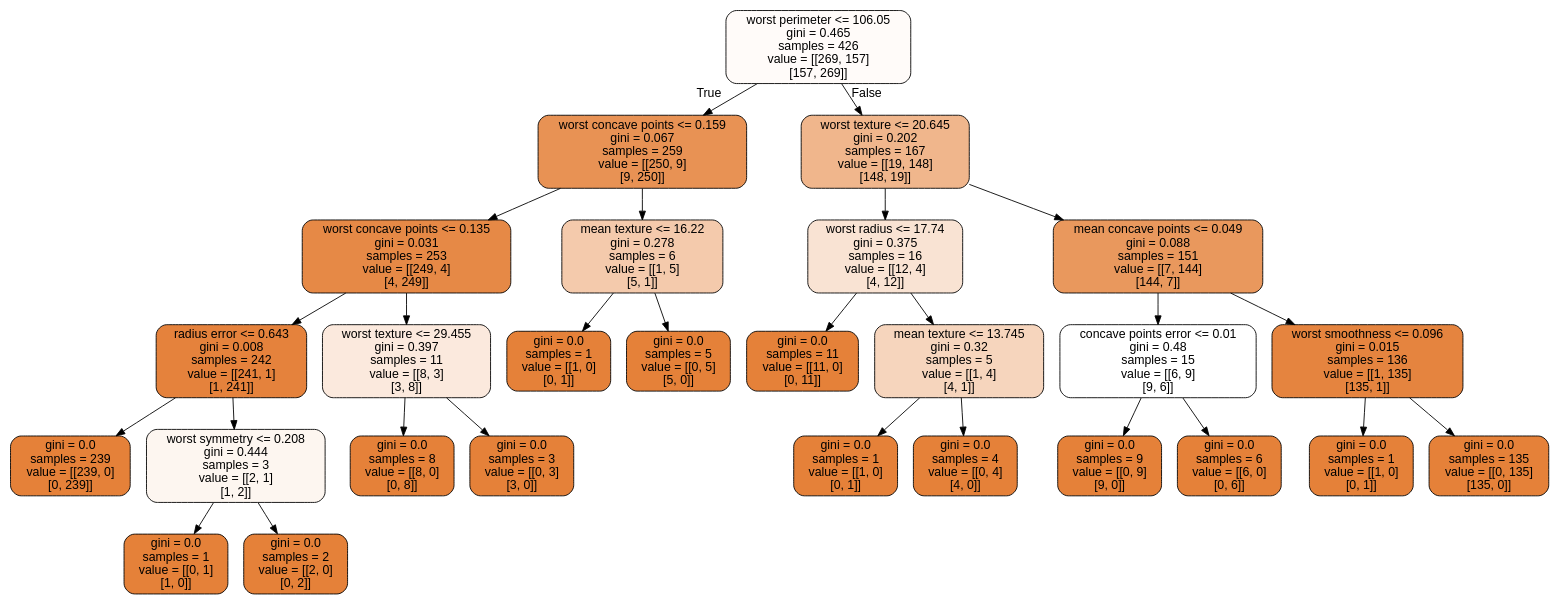
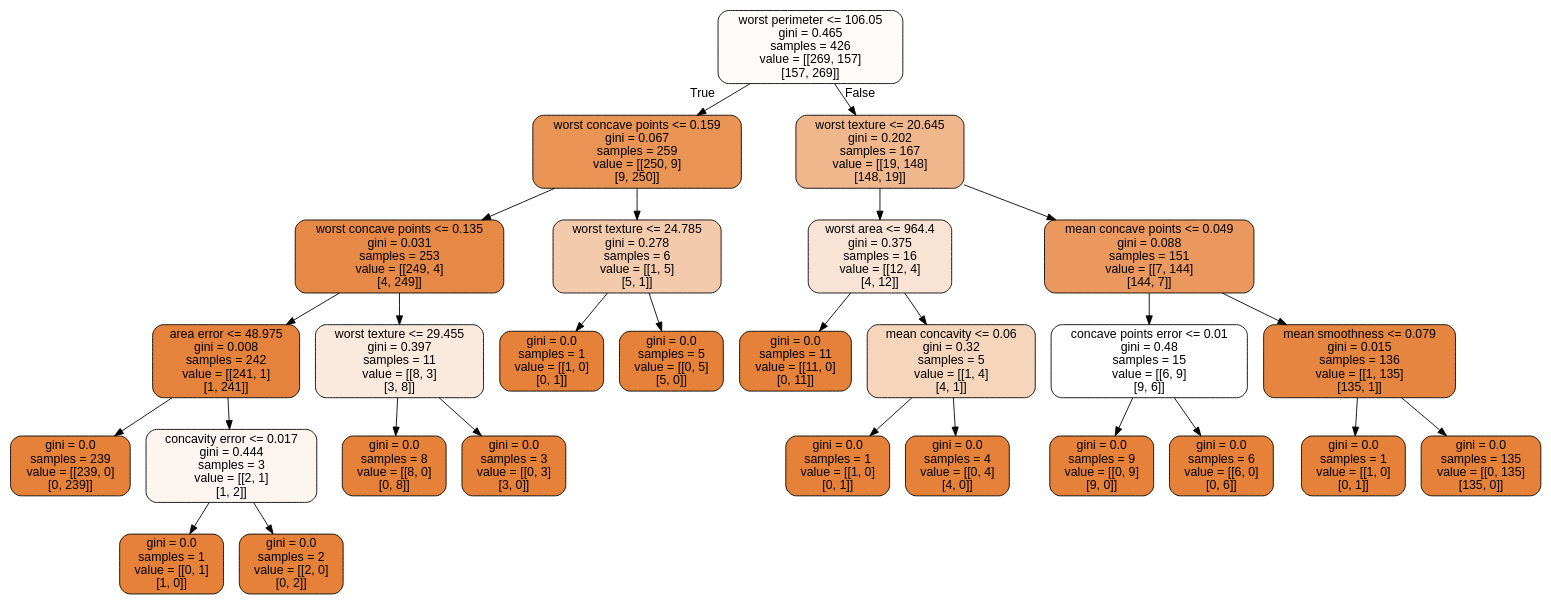
Before and after one commit to CompPhysics/MachineLearning: the diagram in doc/pub/week44/ipynb/Datafiles/cancer.dot, drawn with Graphviz. The commit also changed 5 other files, not shown here.

```diff
--- a/doc/pub/week44/ipynb/Datafiles/cancer.dot
+++ b/doc/pub/week44/ipynb/Datafiles/cancer.dot
@@ -1,57 +1,57 @@
 digraph Tree {
 node [shape=box, style="filled, rounded", color="black", fontname=helvetica] ;
 edge [fontname=helvetica] ;
-0 [label="worst perimeter <= 106.05\ngini = 0.465\nsamples = 426\nvalue = [[269, 157]\n[157, 269]]", fillcolor="#e5813908"] ;
-1 [label="worst concave points <= 0.159\ngini = 0.067\nsamples = 259\nvalue = [[250, 9]\n[9, 250]]", fillcolor="#e58139db"] ;
+0 [label="worst perimeter <= 106.05\ngini = 0.465\nsamples = 426\nvalue = [[269, 157]\n[157, 269]]", fillcolor="#fefbf9"] ;
+1 [label="worst concave points <= 0.159\ngini = 0.067\nsamples = 259\nvalue = [[250, 9]\n[9, 250]]", fillcolor="#e99355"] ;
 0 -> 1 [labeldistance=2.5, labelangle=45, headlabel="True"] ;
-2 [label="worst concave points <= 0.135\ngini = 0.031\nsamples = 253\nvalue = [[249, 4]\n[4, 249]]", fillcolor="#e58139ee"] ;
+2 [label="worst concave points <= 0.135\ngini = 0.031\nsamples = 253\nvalue = [[249, 4]\n[4, 249]]", fillcolor="#e78946"] ;
 1 -> 2 ;
-3 [label="radius error <= 0.643\ngini = 0.008\nsamples = 242\nvalue = [[241, 1]\n[1, 241]]", fillcolor="#e58139fb"] ;
+3 [label="area error <= 48.975\ngini = 0.008\nsamples = 242\nvalue = [[241, 1]\n[1, 241]]", fillcolor="#e5833c"] ;
 2 -> 3 ;
-4 [label="gini = 0.0\nsamples = 239\nvalue = [[239, 0]\n[0, 239]]", fillcolor="#e58139ff"] ;
+4 [label="gini = 0.0\nsamples = 239\nvalue = [[239, 0]\n[0, 239]]", fillcolor="#e58139"] ;
 3 -> 4 ;
-5 [label="worst symmetry <= 0.208\ngini = 0.444\nsamples = 3\nvalue = [[2, 1]\n[1, 2]]", fillcolor="#e5813913"] ;
+5 [label="concavity error <= 0.017\ngini = 0.444\nsamples = 3\nvalue = [[2, 1]\n[1, 2]]", fillcolor="#fdf6f0"] ;
 3 -> 5 ;
-6 [label="gini = 0.0\nsamples = 1\nvalue = [[0, 1]\n[1, 0]]", fillcolor="#e58139ff"] ;
+6 [label="gini = 0.0\nsamples = 1\nvalue = [[0, 1]\n[1, 0]]", fillcolor="#e58139"] ;
 5 -> 6 ;
-7 [label="gini = 0.0\nsamples = 2\nvalue = [[2, 0]\n[0, 2]]", fillcolor="#e58139ff"] ;
+7 [label="gini = 0.0\nsamples = 2\nvalue = [[2, 0]\n[0, 2]]", fillcolor="#e58139"] ;
 5 -> 7 ;
-8 [label="worst texture <= 29.455\ngini = 0.397\nsamples = 11\nvalue = [[8, 3]\n[3, 8]]", fillcolor="#e581392c"] ;
+8 [label="worst texture <= 29.455\ngini = 0.397\nsamples = 11\nvalue = [[8, 3]\n[3, 8]]", fillcolor="#fae9dd"] ;
 2 -> 8 ;
-9 [label="gini = 0.0\nsamples = 8\nvalue = [[8, 0]\n[0, 8]]", fillcolor="#e58139ff"] ;
+9 [label="gini = 0.0\nsamples = 8\nvalue = [[8, 0]\n[0, 8]]", fillcolor="#e58139"] ;
 8 -> 9 ;
-10 [label="gini = 0.0\nsamples = 3\nvalue = [[0, 3]\n[3, 0]]", fillcolor="#e58139ff"] ;
+10 [label="gini = 0.0\nsamples = 3\nvalue = [[0, 3]\n[3, 0]]", fillcolor="#e58139"] ;
 8 -> 10 ;
-11 [label="mean texture <= 16.22\ngini = 0.278\nsamples = 6\nvalue = [[1, 5]\n[5, 1]]", fillcolor="#e581396b"] ;
+11 [label="worst texture <= 24.785\ngini = 0.278\nsamples = 6\nvalue = [[1, 5]\n[5, 1]]", fillcolor="#f4caac"] ;
 1 -> 11 ;
-12 [label="gini = 0.0\nsamples = 1\nvalue = [[1, 0]\n[0, 1]]", fillcolor="#e58139ff"] ;
+12 [label="gini = 0.0\nsamples = 1\nvalue = [[1, 0]\n[0, 1]]", fillcolor="#e58139"] ;
 11 -> 12 ;
-13 [label="gini = 0.0\nsamples = 5\nvalue = [[0, 5]\n[5, 0]]", fillcolor="#e58139ff"] ;
+13 [label="gini = 0.0\nsamples = 5\nvalue = [[0, 5]\n[5, 0]]", fillcolor="#e58139"] ;
 11 -> 13 ;
-14 [label="worst texture <= 20.645\ngini = 0.202\nsamples = 167\nvalue = [[19, 148]\n[148, 19]]", fillcolor="#e5813994"] ;
+14 [label="worst texture <= 20.645\ngini = 0.202\nsamples = 167\nvalue = [[19, 148]\n[148, 19]]", fillcolor="#f0b68c"] ;
 0 -> 14 [labeldistance=2.5, labelangle=-45, headlabel="False"] ;
-15 [label="worst radius <= 17.74\ngini = 0.375\nsamples = 16\nvalue = [[12, 4]\n[4, 12]]", fillcolor="#e5813938"] ;
+15 [label="worst area <= 964.4\ngini = 0.375\nsamples = 16\nvalue = [[12, 4]\n[4, 12]]", fillcolor="#f9e3d4"] ;
 14 -> 15 ;
-16 [label="gini = 0.0\nsamples = 11\nvalue = [[11, 0]\n[0, 11]]", fillcolor="#e58139ff"] ;
+16 [label="gini = 0.0\nsamples = 11\nvalue = [[11, 0]\n[0, 11]]", fillcolor="#e58139"] ;
 15 -> 16 ;
-17 [label="mean texture <= 13.745\ngini = 0.32\nsamples = 5\nvalue = [[1, 4]\n[4, 1]]", fillcolor="#e5813955"] ;
+17 [label="mean concavity <= 0.06\ngini = 0.32\nsamples = 5\nvalue = [[1, 4]\n[4, 1]]", fillcolor="#f6d5bd"] ;
 15 -> 17 ;
-18 [label="gini = 0.0\nsamples = 1\nvalue = [[1, 0]\n[0, 1]]", fillcolor="#e58139ff"] ;
+18 [label="gini = 0.0\nsamples = 1\nvalue = [[1, 0]\n[0, 1]]", fillcolor="#e58139"] ;
 17 -> 18 ;
-19 [label="gini = 0.0\nsamples = 4\nvalue = [[0, 4]\n[4, 0]]", fillcolor="#e58139ff"] ;
+19 [label="gini = 0.0\nsamples = 4\nvalue = [[0, 4]\n[4, 0]]", fillcolor="#e58139"] ;
 17 -> 19 ;
-20 [label="mean concave points <= 0.049\ngini = 0.088\nsamples = 151\nvalue = [[7, 144]\n[144, 7]]", fillcolor="#e58139d0"] ;
+20 [label="mean concave points <= 0.049\ngini = 0.088\nsamples = 151\nvalue = [[7, 144]\n[144, 7]]", fillcolor="#ea985d"] ;
 14 -> 20 ;
-21 [label="concave points error <= 0.01\ngini = 0.48\nsamples = 15\nvalue = [[6, 9]\n[9, 6]]", fillcolor="#e5813900"] ;
+21 [label="concave points error <= 0.01\ngini = 0.48\nsamples = 15\nvalue = [[6, 9]\n[9, 6]]", fillcolor="#ffffff"] ;
 20 -> 21 ;
-22 [label="gini = 0.0\nsamples = 9\nvalue = [[0, 9]\n[9, 0]]", fillcolor="#e58139ff"] ;
+22 [label="gini = 0.0\nsamples = 9\nvalue = [[0, 9]\n[9, 0]]", fillcolor="#e58139"] ;
 21 -> 22 ;
-23 [label="gini = 0.0\nsamples = 6\nvalue = [[6, 0]\n[0, 6]]", fillcolor="#e58139ff"] ;
+23 [label="gini = 0.0\nsamples = 6\nvalue = [[6, 0]\n[0, 6]]", fillcolor="#e58139"] ;
 21 -> 23 ;
-24 [label="worst smoothness <= 0.096\ngini = 0.015\nsamples = 136\nvalue = [[1, 135]\n[135, 1]]", fillcolor="#e58139f7"] ;
+24 [label="mean smoothness <= 0.079\ngini = 0.015\nsamples = 136\nvalue = [[1, 135]\n[135, 1]]", fillcolor="#e6853f"] ;
 20 -> 24 ;
-25 [label="gini = 0.0\nsamples = 1\nvalue = [[1, 0]\n[0, 1]]", fillcolor="#e58139ff"] ;
+25 [label="gini = 0.0\nsamples = 1\nvalue = [[1, 0]\n[0, 1]]", fillcolor="#e58139"] ;
 24 -> 25 ;
-26 [label="gini = 0.0\nsamples = 135\nvalue = [[0, 135]\n[135, 0]]", fillcolor="#e58139ff"] ;
+26 [label="gini = 0.0\nsamples = 135\nvalue = [[0, 135]\n[135, 0]]", fillcolor="#e58139"] ;
 24 -> 26 ;
 }
```
